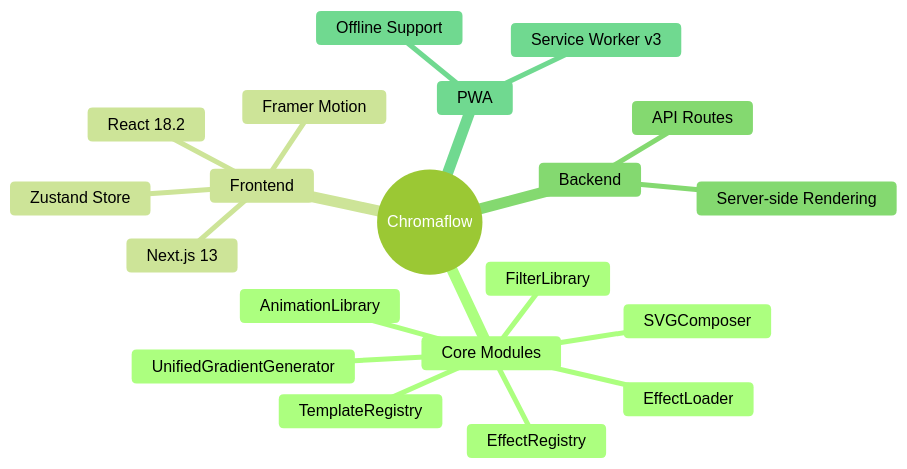
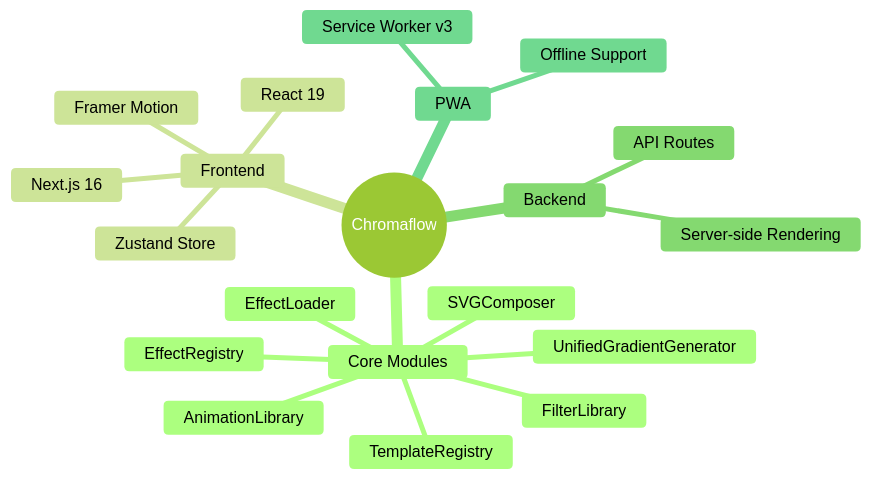
The first of 12 diagrams in docs/REFACTORING_ARCHITECTURE.md (ChanMeng666/gradient-svg-generator), drawn with Mermaid (forest theme) before and after one commit. The commit also changed other lines of this file and 3 other files, not shown here.

````diff
--- a/docs/REFACTORING_ARCHITECTURE.md
+++ b/docs/REFACTORING_ARCHITECTURE.md
@@ -25,23 +26,23 @@
 ```mermaid
 mindmap
   root((Chromaflow))
     Core Modules
       UnifiedGradientGenerator
       EffectRegistry
       EffectLoader
       TemplateRegistry
       FilterLibrary
       AnimationLibrary
       SVGComposer
     Frontend
-      React 18.2
-      Next.js 13
+      React 19
+      Next.js 16
       Zustand Store
       Framer Motion
     Backend
       API Routes
       Server-side Rendering
     PWA
       Service Worker v3
       Offline Support
 ```
````
